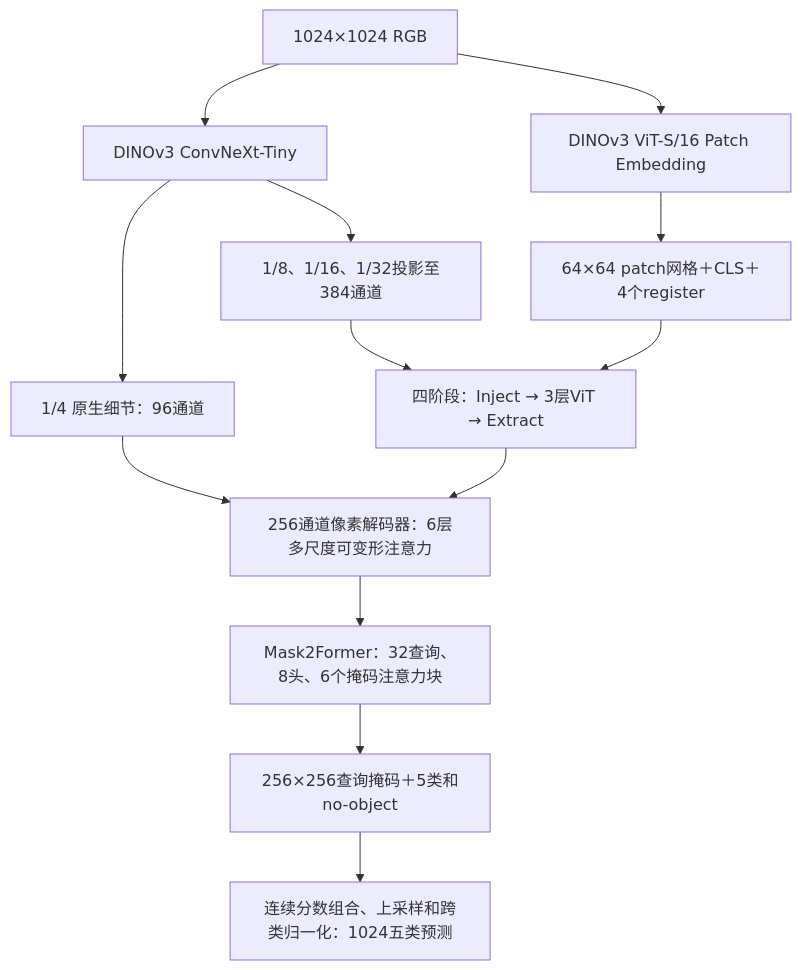
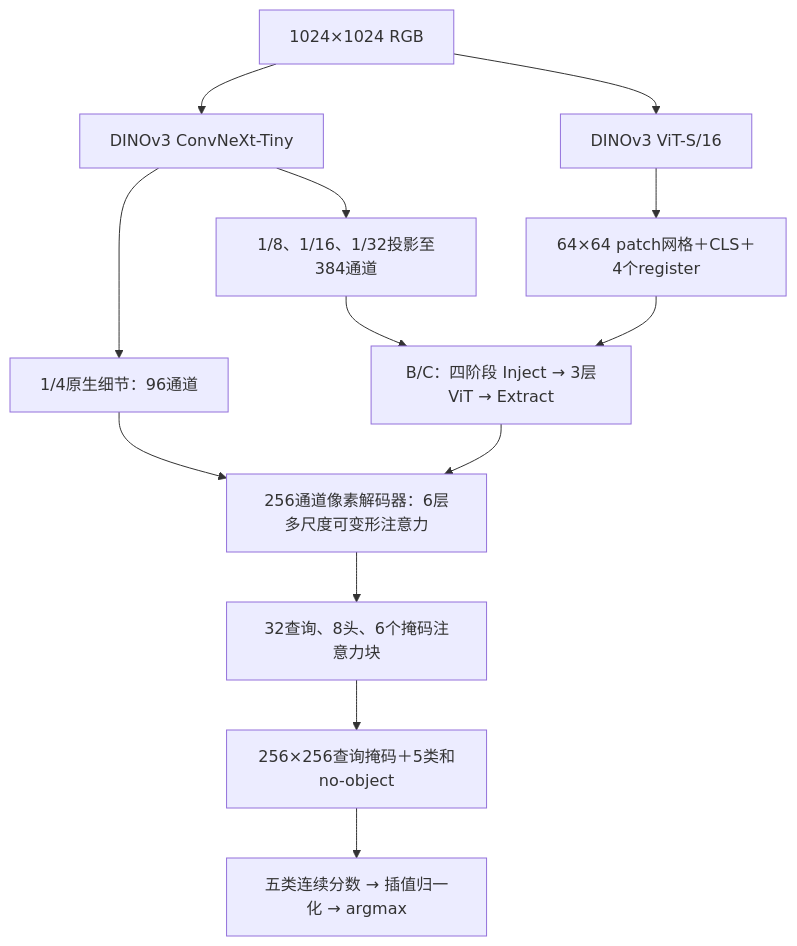
The diagram in fenge_vit/README.md (buqinch/fenge), drawn with Mermaid before and after one commit. The commit also changed other lines of this file and 780 other files, not shown here.

````diff
--- a/fenge_vit/README.md
+++ b/fenge_vit/README.md
@@ -18,15 +67,15 @@
 ```mermaid
 flowchart TD
     X[1024×1024 RGB] --> C[DINOv3 ConvNeXt-Tiny]
-    X --> V[DINOv3 ViT-S/16 Patch Embedding]
-    C --> C4[1/4 原生细节：96通道]
+    X --> V[DINOv3 ViT-S/16]
+    C --> D[1/4原生细节：96通道]
     C --> S[1/8、1/16、1/32投影至384通道]
     V --> T[64×64 patch网格＋CLS＋4个register]
-    S --> A[四阶段：Inject → 3层ViT → Extract]
+    S --> A[B/C：四阶段 Inject → 3层ViT → Extract]
     T --> A
     A --> P[256通道像素解码器：6层多尺度可变形注意力]
-    C4 --> P
-    P --> Q[Mask2Former：32查询、8头、6个掩码注意力块]
+    D --> P
+    P --> Q[32查询、8头、6个掩码注意力块]
     Q --> M[256×256查询掩码＋5类和no-object]
-    M --> O[连续分数组合、上采样和跨类归一化：1024五类预测]
+    M --> O[五类连续分数 → 插值归一化 → argmax]
 ```
````
